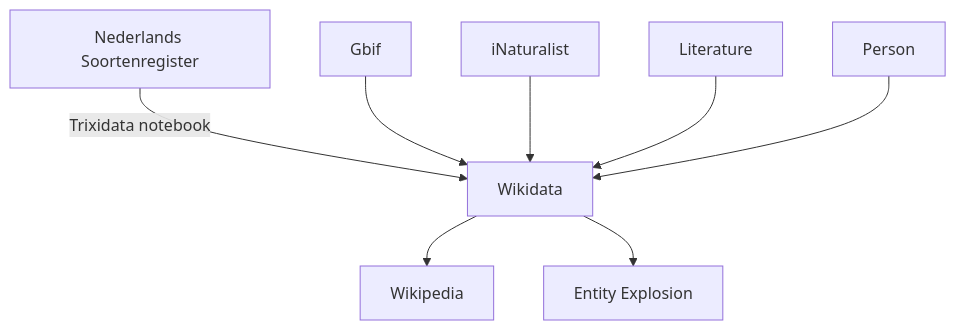
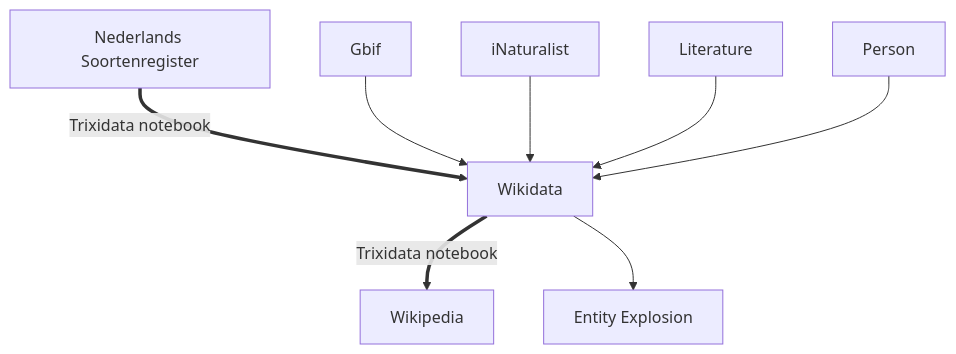
The diagram in README.md (andrawaag/arise_hack2022), drawn with Mermaid before and after one commit.

````diff
--- a/README.md
+++ b/README.md
@@ -3,10 +3,10 @@
 ```mermaid
   graph TD;
-      NS[Nederlands Soortenregister]-->|Trixidata notebook|WD[Wikidata];
-      WD-->WP[Wikipedia];
+      NS[Nederlands Soortenregister]==>|Trixidata notebook|WD[Wikidata];
+      WD==>|Trixidata notebook|WP[Wikipedia];
       G[Gbif]-->WD;
       I[iNaturalist]-->WD;
       DOI[Literature]-->WD;
       ORCID[Person]-->WD;
       WD-->EE[Entity Explosion]
 ```
````
